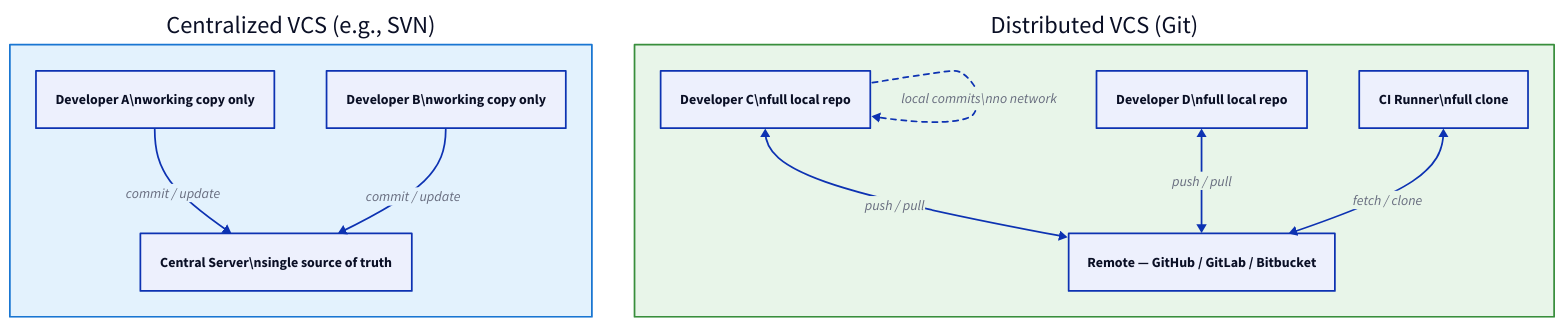
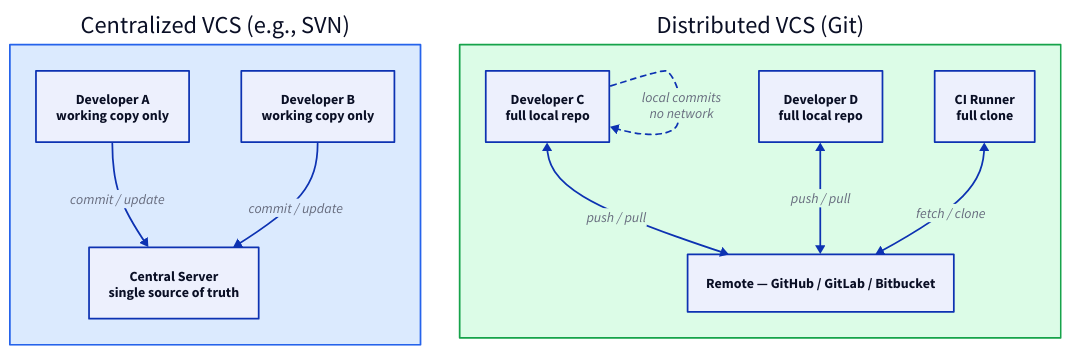
One commit to rebash-rebash/rebash-academy changed the first of 2 diagrams in docs/git/introduction-to-git-and-version-control.md. Above: the diagram before and after it, drawn with D2. The commit also changed other lines of this file and 177 other files, not shown here.

First line of the commit message:
Ship Terraform track, diagram polish, and new brand favicon.

````diff
--- a/docs/git/introduction-to-git-and-version-control.md
+++ b/docs/git/introduction-to-git-and-version-control.md
@@ -54,31 +54,31 @@
 ```d2
 direction: down
 
 CVCS: "Centralized VCS (e.g., SVN)" {
       style: {
-        fill: "#e3f2fd"
-        stroke: "#1976d2"
+        fill: "#dbeafe"
+        stroke: "#2563eb"
       }
-        SVN_SRV: "Central Server\\nsingle source of truth"
-        DEV_A: "Developer A\\nworking copy only"
-        DEV_B: "Developer B\\nworking copy only"
+        SVN_SRV: "Central Server\nsingle source of truth"
+        DEV_A: "Developer A\nworking copy only"
+        DEV_B: "Developer B\nworking copy only"
         DEV_A -> SVN_SRV: "commit / update"
         DEV_B -> SVN_SRV: "commit / update"
     }
     DVCS: "Distributed VCS (Git)" {
       style: {
-        fill: "#e8f5e9"
-        stroke: "#388e3c"
+        fill: "#dcfce7"
+        stroke: "#16a34a"
       }
         REMOTE: "Remote — GitHub / GitLab / Bitbucket"
-        DEV_C: "Developer C\\nfull local repo"
-        DEV_D: "Developer D\\nfull local repo"
-        CI: "CI Runner\\nfull clone"
+        DEV_C: "Developer C\nfull local repo"
+        DEV_D: "Developer D\nfull local repo"
+        CI: "CI Runner\nfull clone"
         DEV_C <-> REMOTE: "push / pull"
         DEV_D <-> REMOTE: "push / pull"
         CI <-> REMOTE: "fetch / clone"
-        DEV_C -> DEV_C: "local commits\\nno network" {
+        DEV_C -> DEV_C: "local commits\nno network" {
           style.stroke-dash: 3
         }
     }
 ```
````
